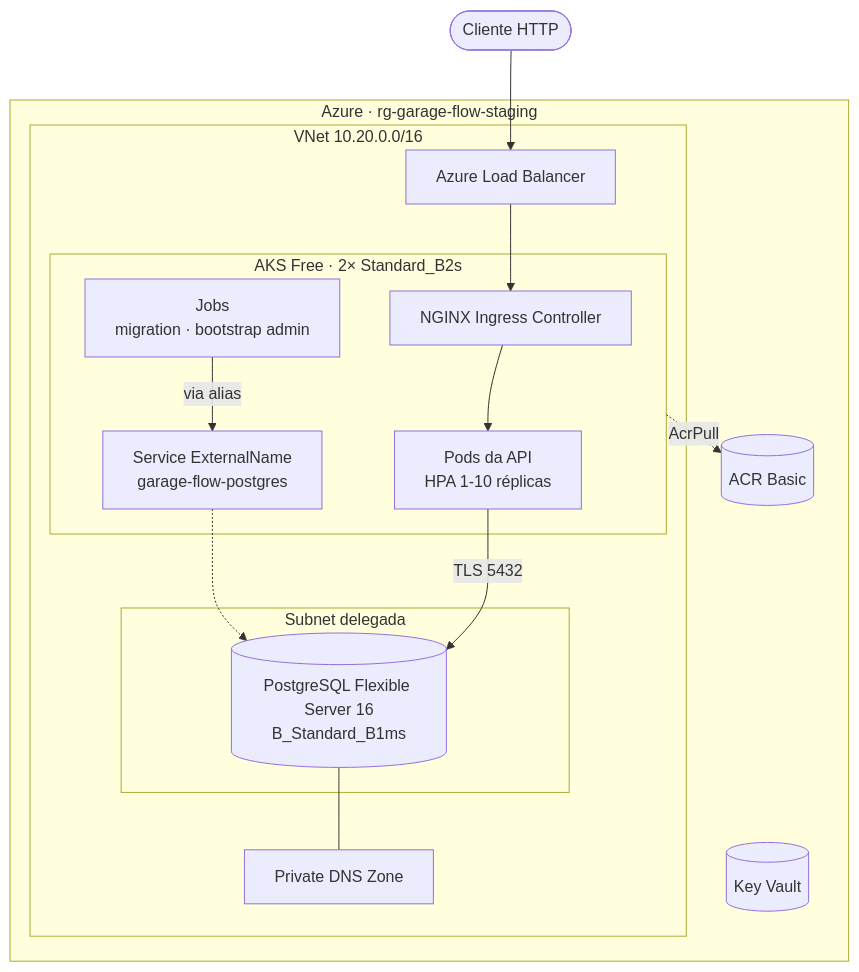
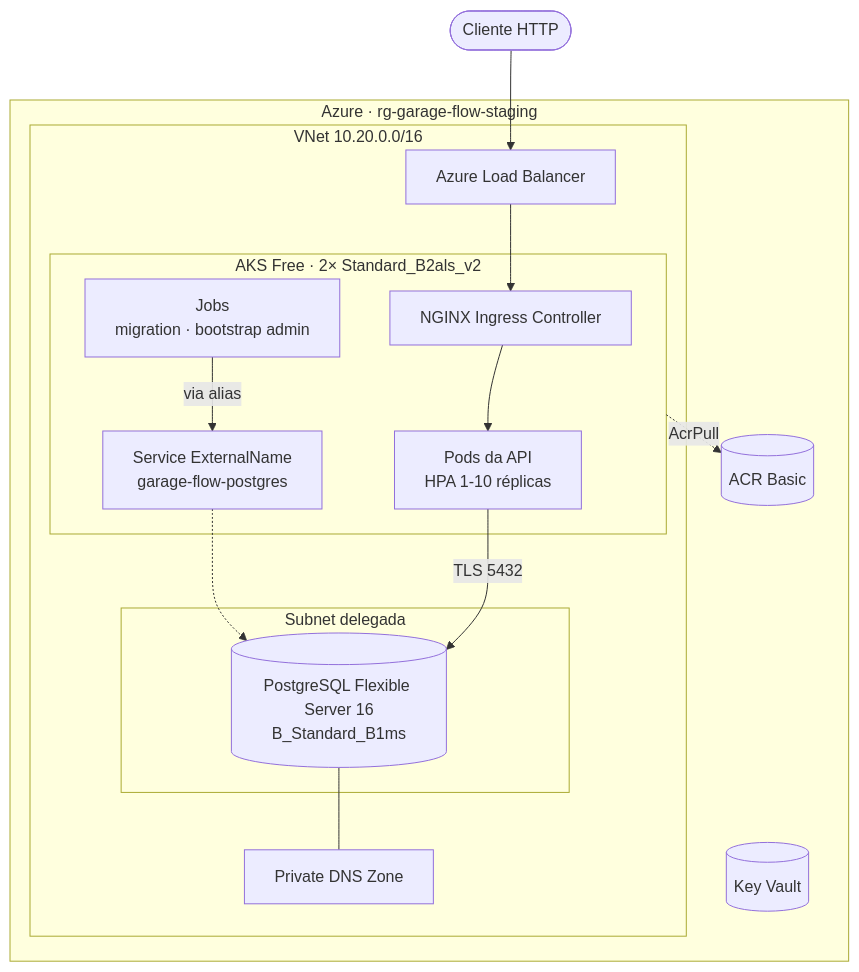
Before and after one commit to garage-flow-api/garage-flow-api: the second of 3 diagrams in infra/README.md, drawn with Mermaid. The commit also changed other lines of this file and 10 other files, not shown here.

````diff
--- a/infra/README.md
+++ b/infra/README.md
@@ -73,29 +73,29 @@
 ```mermaid
 flowchart TB
     user([Cliente HTTP])
 
     subgraph azure[Azure · rg-garage-flow-staging]
         acr[(ACR Basic)]
         kv[(Key Vault)]
 
         subgraph vnet[VNet 10.20.0.0/16]
             lb[Azure Load Balancer]
-            subgraph aks[AKS Free · 2× Standard_B2s]
+            subgraph aks[AKS Free · 2× Standard_B2als_v2]
                 ingress[NGINX Ingress Controller]
                 api[Pods da API<br/>HPA 1-10 réplicas]
                 jobs[Jobs<br/>migration · bootstrap admin]
                 alias[Service ExternalName<br/>garage-flow-postgres]
             end
             subgraph snetpg[Subnet delegada]
                 pg[(PostgreSQL Flexible Server 16<br/>B_Standard_B1ms)]
             end
             dns[Private DNS Zone]
         end
     end
 
     user --> lb --> ingress --> api
     api -- TLS 5432 --> pg
     jobs -- via alias --> alias -.-> pg
     aks -. AcrPull .-> acr
     pg --- dns
 ```
````
